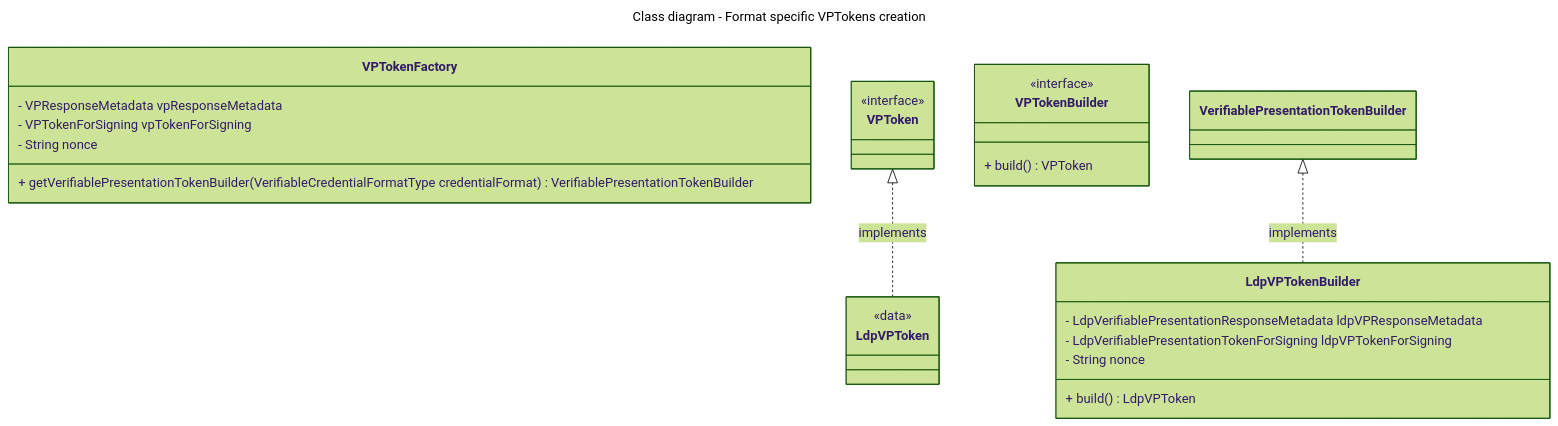
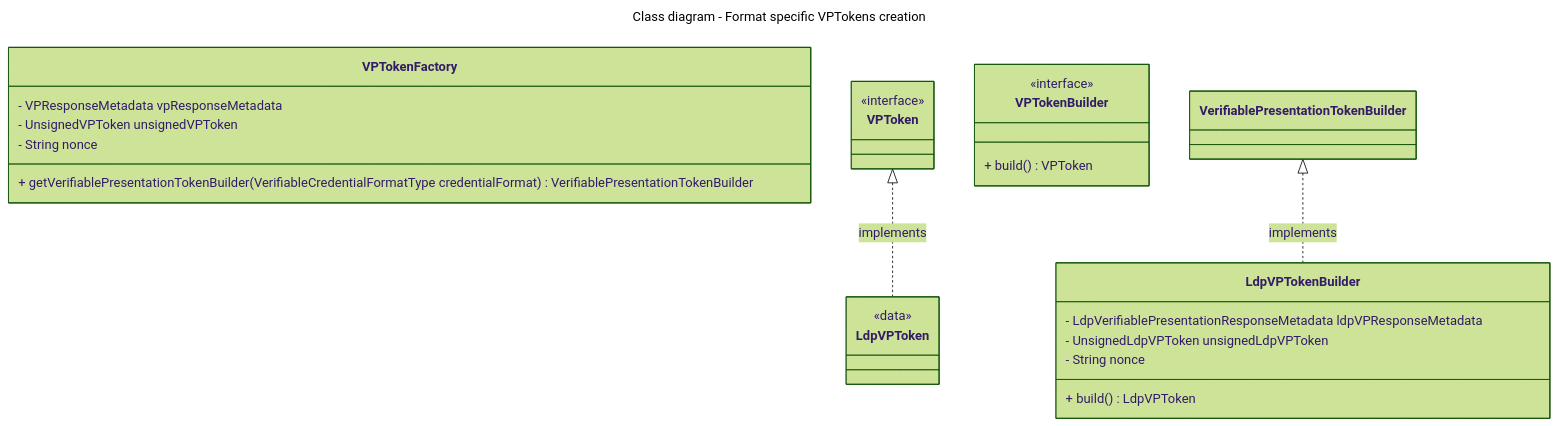
One commit to tw-mosip/inji-openid4vp changed the fourth of 4 diagrams in doc/adr/0002-support-for-multiple-credential-format-vp-token-creation.md. Above: the diagram before and after it, drawn with Mermaid (forest theme). The commit also changed other lines of this file, not shown here.

Commit message:
[INJIMOB-2810] update adr for change - rename VPTokenForSigning to UnsignedVPToken

````diff
--- a/doc/adr/0002-support-for-multiple-credential-format-vp-token-creation.md
+++ b/doc/adr/0002-support-for-multiple-credential-format-vp-token-creation.md
@@ -117,39 +117,39 @@
 ```mermaid
 ---
 title: Class diagram - Format specific VPTokens creation
 ---
 classDiagram
     class VPTokenFactory {
         - VPResponseMetadata vpResponseMetadata
-        - VPTokenForSigning vpTokenForSigning
+        - UnsignedVPToken unsignedVPToken
         - String nonce
         + getVerifiablePresentationTokenBuilder(VerifiableCredentialFormatType credentialFormat) VerifiablePresentationTokenBuilder
     }
     
     class VPToken {
     }
 
     class VPTokenBuilder {
         + build() VPToken
     }
 
     <<interface>> VPTokenBuilder
     <<interface>> VPToken
 
 %% LdpVerifiablePresentationToken Data Class (specific to vp_token of ldp_vp)
 %% Fields specific to vp_token of ldp_vp exist inside this class
     class LdpVPToken { }
 
     class LdpVPTokenBuilder {
         - LdpVerifiablePresentationResponseMetadata ldpVPResponseMetadata
-        - LdpVerifiablePresentationTokenForSigning ldpVPTokenForSigning
+        - UnsignedLdpVPToken unsignedLdpVPToken
         - String nonce
         + build() LdpVPToken
     }
 
 
 <<data>> LdpVPToken
 
 VerifiablePresentationTokenBuilder <|.. LdpVPTokenBuilder : implements
 VPToken <|.. LdpVPToken : implements
 ```
````
